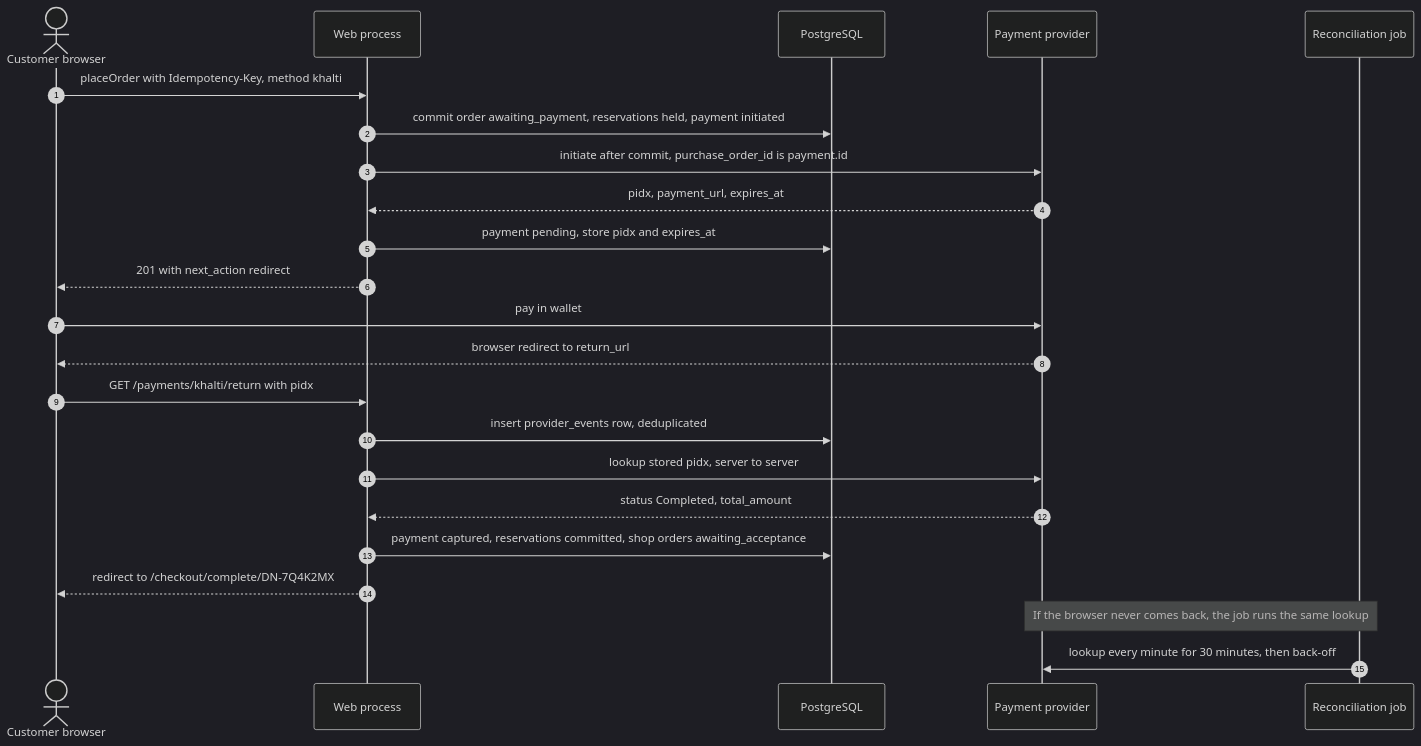
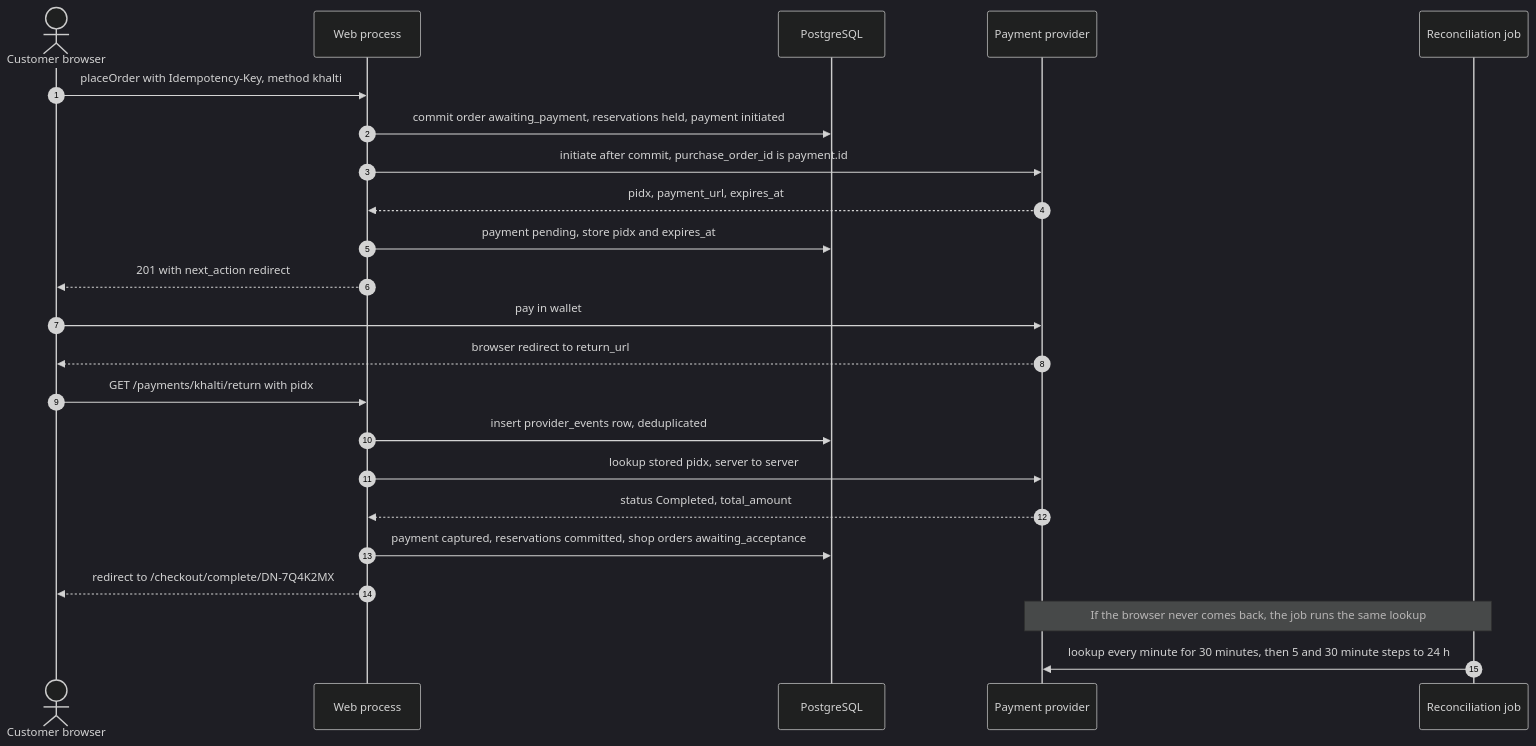
The fifth of 6 diagrams in docs/02-user-journeys-and-acceptance-criteria.md (harublank0-0/drip-nepal), drawn with Mermaid (dark theme) before and after one commit. The commit also changed other lines of this file, not shown here.

````diff
--- a/docs/02-user-journeys-and-acceptance-criteria.md
+++ b/docs/02-user-journeys-and-acceptance-criteria.md
@@ -499,25 +512,25 @@
 ```mermaid
 sequenceDiagram
   autonumber
   actor C as Customer browser
   participant W as Web process
   participant DB as PostgreSQL
   participant P as Payment provider
   participant J as Reconciliation job
   C->>W: placeOrder with Idempotency-Key, method khalti
   W->>DB: commit order awaiting_payment, reservations held, payment initiated
   W->>P: initiate after commit, purchase_order_id is payment.id
   P-->>W: pidx, payment_url, expires_at
   W->>DB: payment pending, store pidx and expires_at
   W-->>C: 201 with next_action redirect
   C->>P: pay in wallet
   P-->>C: browser redirect to return_url
   C->>W: GET /payments/khalti/return with pidx
   W->>DB: insert provider_events row, deduplicated
   W->>P: lookup stored pidx, server to server
   P-->>W: status Completed, total_amount
   W->>DB: payment captured, reservations committed, shop orders awaiting_acceptance
   W-->>C: redirect to /checkout/complete/DN-7Q4K2MX
   Note over J,P: If the browser never comes back, the job runs the same lookup
-  J->>P: lookup every minute for 30 minutes, then back-off
+  J->>P: lookup every minute for 30 minutes, then 5 and 30 minute steps to 24 h
 ```
````
